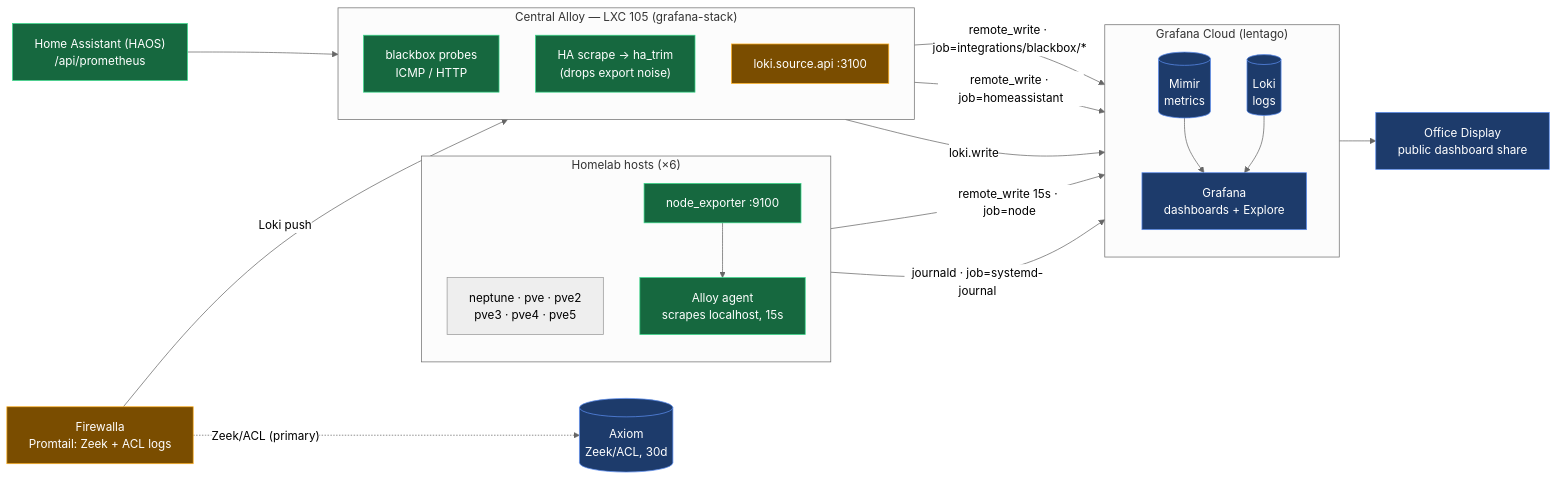
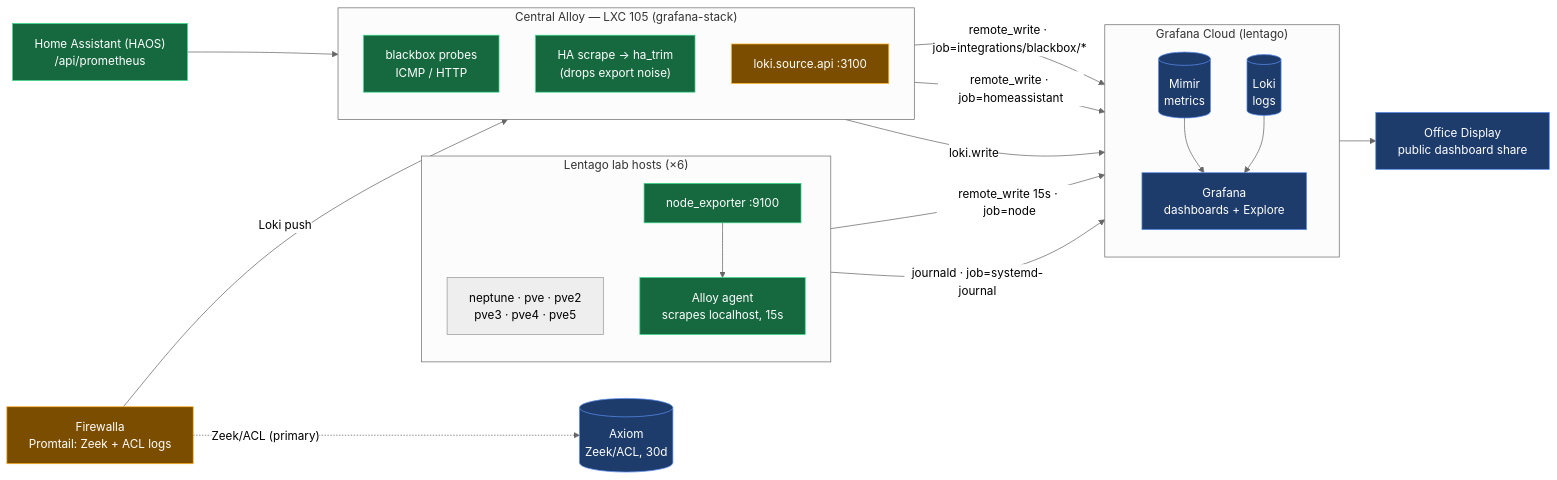
Before and after one commit to lentago/homelab-observability: the first of 2 diagrams in docs/metrics-flow.md, drawn with Mermaid (neutral theme). The commit also changed other lines of this file and 15 other files, not shown here.

First line of the commit message:
Scrub homelab branding for the Lentago rebrand (#137)

````diff
--- a/docs/metrics-flow.md
+++ b/docs/metrics-flow.md
@@ -8,49 +8,49 @@
 ```mermaid
 flowchart LR
-  subgraph hosts["Homelab hosts (×6)"]
+  subgraph hosts["Lentago lab hosts (×6)"]
     direction TB
     names["neptune · pve · pve2<br/>pve3 · pve4 · pve5"]
     ne["node_exporter :9100"]
     agent["Alloy agent<br/>scrapes localhost, 15s"]
     ne --> agent
   end
 
   haos["Home Assistant (HAOS)<br/>/api/prometheus"]
   fw["Firewalla<br/>Promtail: Zeek + ACL logs"]
 
   subgraph central["Central Alloy — LXC 105 (grafana-stack)"]
     direction TB
     bb["blackbox probes<br/>ICMP / HTTP"]
     hascrape["HA scrape → ha_trim<br/>(drops export noise)"]
     lokirecv["loki.source.api :3100"]
   end
 
   subgraph cloud["Grafana Cloud (lentago)"]
     direction TB
     mimir[("Mimir<br/>metrics")]
     lokidb[("Loki<br/>logs")]
     grafana["Grafana<br/>dashboards + Explore"]
     mimir --> grafana
     lokidb --> grafana
   end
 
   display["Office Display<br/>public dashboard share"]
   axiom[("Axiom<br/>Zeek/ACL, 30d")]
 
   agent -- "remote_write 15s · job=node" --> mimir
   agent -- "journald · job=systemd-journal" --> lokidb
   haos --> hascrape
   bb -- "remote_write · job=integrations/blackbox/*" --> mimir
   hascrape -- "remote_write · job=homeassistant" --> mimir
   fw -- "Loki push" --> lokirecv
   fw -. "Zeek/ACL (primary)" .-> axiom
   lokirecv -- "loki.write" --> lokidb
   grafana --> display
 
   classDef metric fill:#16683f,stroke:#39d98a,color:#fff;
   classDef logs fill:#7a4d00,stroke:#ffb020,color:#fff;
   classDef sink fill:#1d3b6b,stroke:#5b8def,color:#fff;
   class ne,agent,bb,hascrape,haos metric;
   class fw,lokirecv logs;
   class mimir,lokidb,grafana,display,axiom sink;
 ```
````
